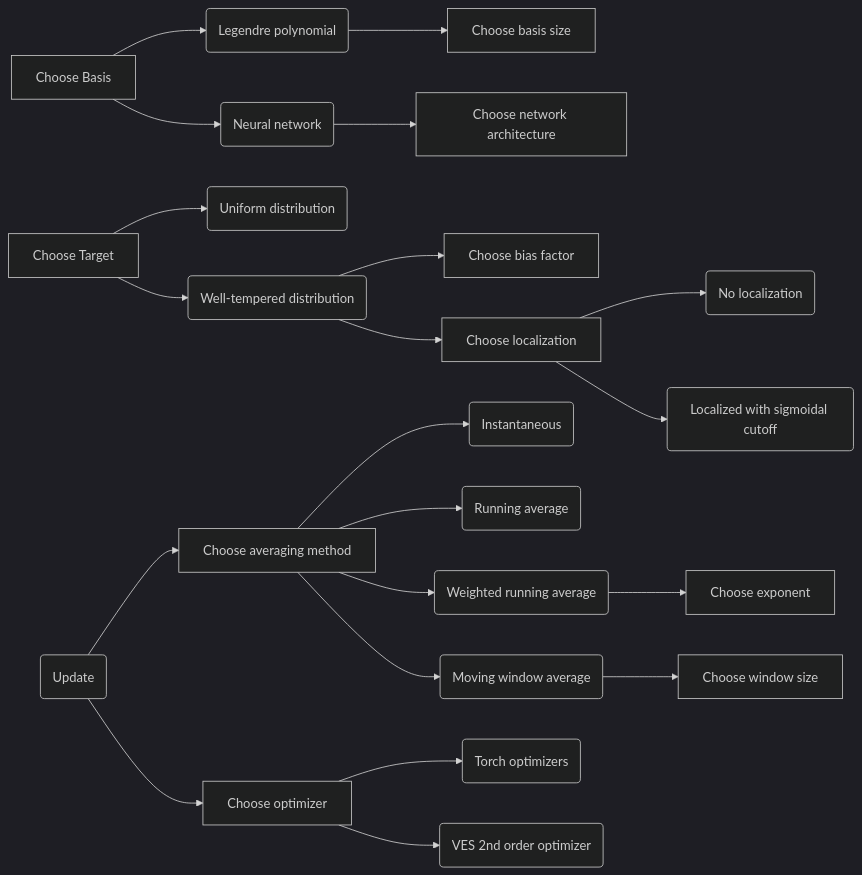
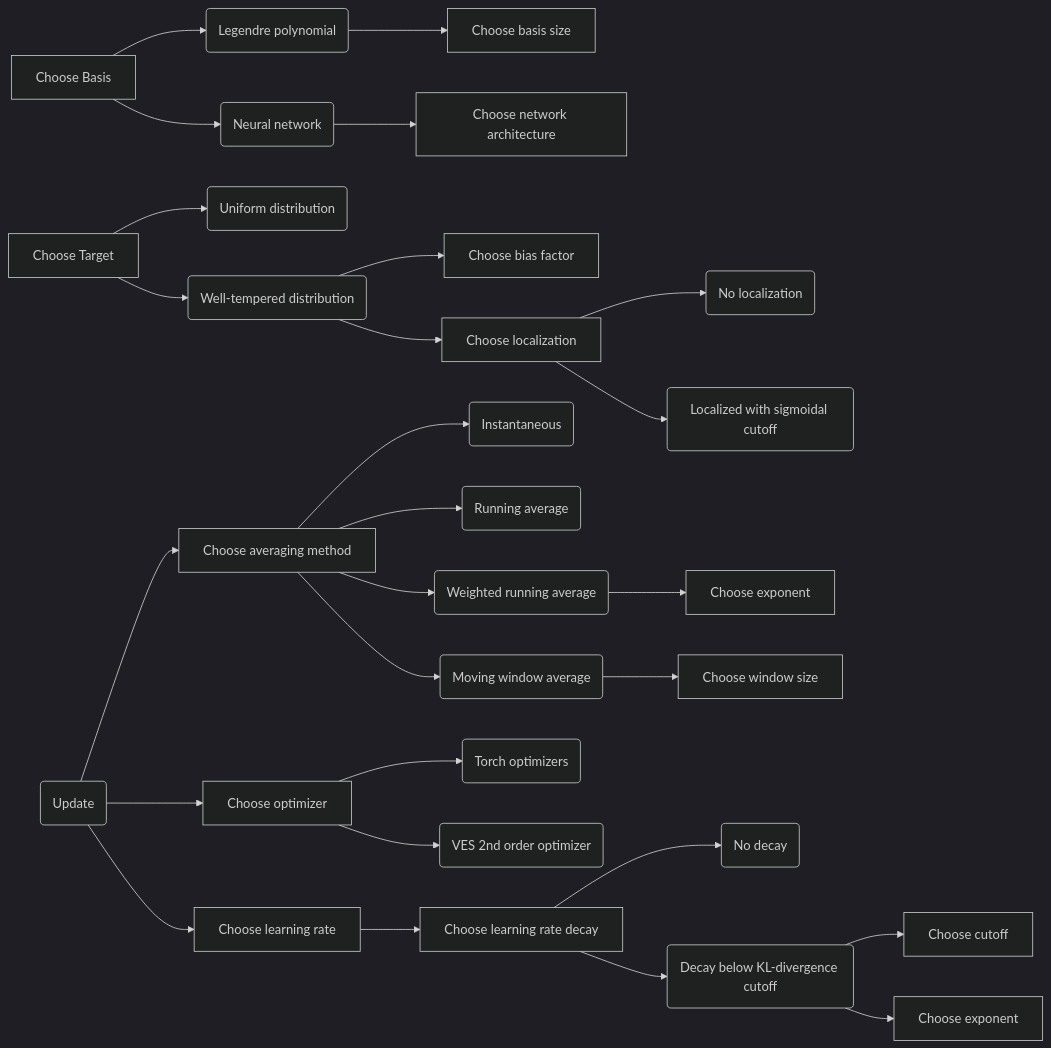
One commit to apallath/pyves changed the diagram in README.md. Above: the diagram before and after it, drawn with Mermaid (dark theme).

````diff
--- a/README.md
+++ b/README.md
@@ -5,20 +5,28 @@
 ```mermaid
 graph LR;
     1[Choose Basis]-->A(Legendre polynomial)-->AA[Choose basis size];
     1-->B(Neural network)-->BB[Choose network architecture];
 
     2[Choose Target]-->C(Uniform distribution);
     2-->D(Well-tempered distribution)-->D1[Choose bias factor];
     D-->D2[Choose localization]
     D2-->D2A(No localization)
     D2-->D2B(Localized with sigmoidal cutoff)
 
     3(Update)-->E[Choose averaging method]
     E-->E1(Instantaneous)
     E-->E2(Running average)
     E-->E3(Weighted running average)-->E3A[Choose exponent]
     E-->E4(Moving window average)-->E4A[Choose window size]
+
     3-->F[Choose optimizer]
     F-->F1(Torch optimizers)
     F-->F2(VES 2nd order optimizer)
+
+    3-->G[Choose learning rate]
+    G-->G1[Choose learning rate decay]
+    G1-->G1A(No decay)
+    G1-->G1B(Decay below KL-divergence cutoff)
+    G1B-->G1B1[Choose cutoff]
+    G1B-->G1B2[Choose exponent]
  ```
````
